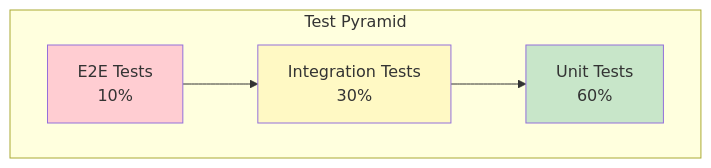
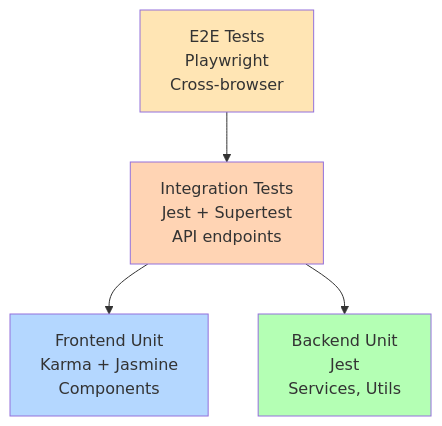
Before and after one commit to ValonHajredini/NodeAngularFullStack: the ninth of 9 diagrams in CODEBASE_ANALYSIS.md, drawn with Mermaid. The commit also changed other lines of this file and 50 other files, not shown here.

````diff
--- a/CODEBASE_ANALYSIS.md
+++ b/CODEBASE_ANALYSIS.md
@@ -671,15 +1123,16 @@
 ```mermaid
-graph TD
-    subgraph "Test Pyramid"
-        E2E[E2E Tests<br/>10%]
-        INTEGRATION[Integration Tests<br/>30%]
-        UNIT[Unit Tests<br/>60%]
-    end
+graph TB
+    E2E[E2E Tests<br/>Playwright<br/>Cross-browser]
+    Integration[Integration Tests<br/>Jest + Supertest<br/>API endpoints]
+    FrontendUnit[Frontend Unit<br/>Karma + Jasmine<br/>Components]
+    BackendUnit[Backend Unit<br/>Jest<br/>Services, Utils]
 
-    E2E --> INTEGRATION
-    INTEGRATION --> UNIT
+    E2E --> Integration
+    Integration --> FrontendUnit
+    Integration --> BackendUnit
 
-    style E2E fill:#ffcdd2
-    style INTEGRATION fill:#fff9c4
-    style UNIT fill:#c8e6c9
+    style E2E fill:#FFE5B4
+    style Integration fill:#FFD4B4
+    style FrontendUnit fill:#B4D7FF
+    style BackendUnit fill:#B4FFB4
 ```
````
